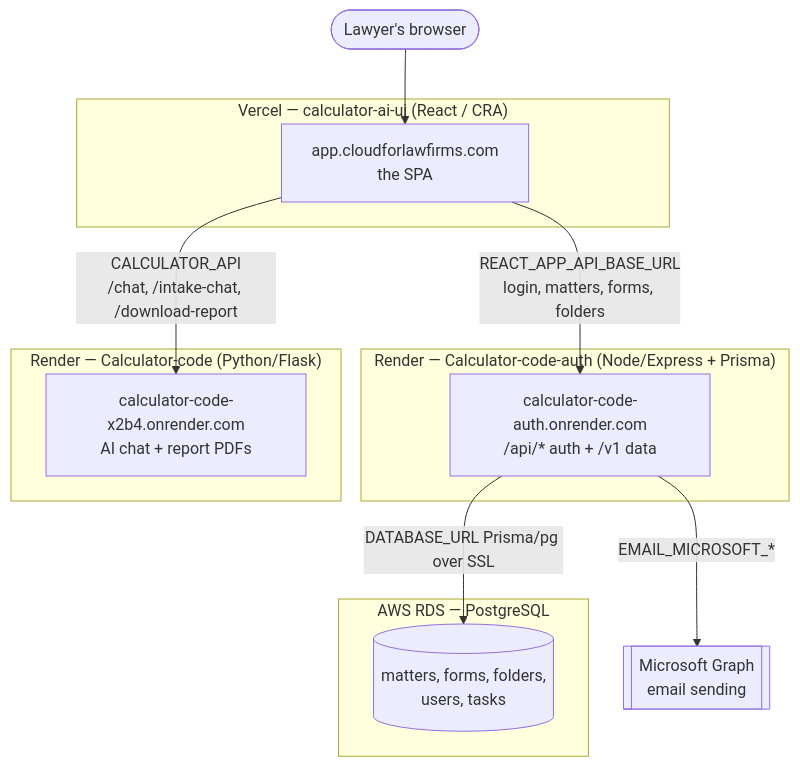
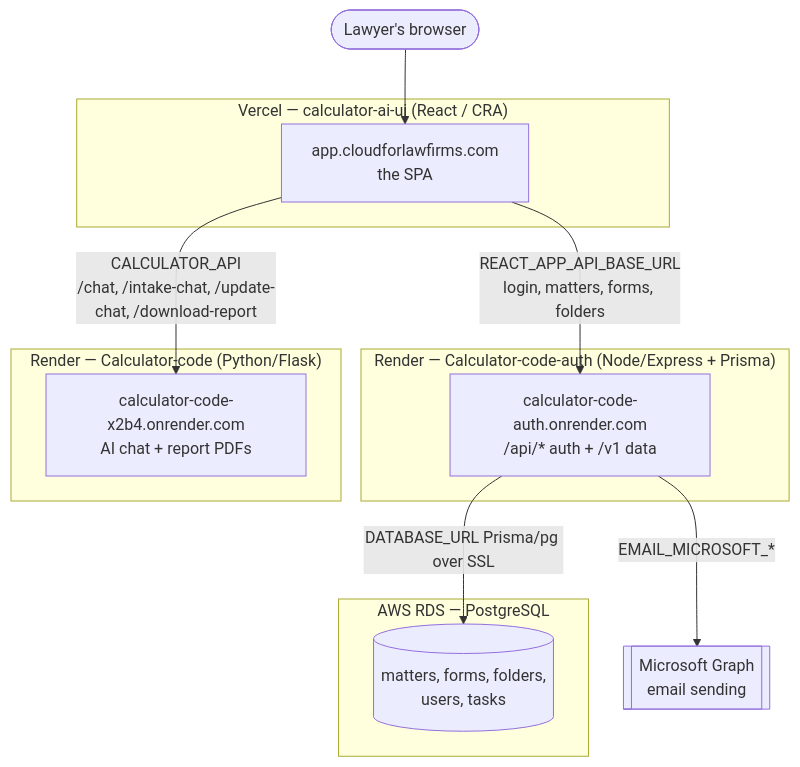
The diagram in docs/ARCHITECTURE.md (cloudactai/Calculator-code), drawn with Mermaid before and after one commit. The commit also changed other lines of this file and 3 other files, not shown here.

````diff
--- a/docs/ARCHITECTURE.md
+++ b/docs/ARCHITECTURE.md
@@ -29,28 +29,28 @@
 ```mermaid
 flowchart TD
     User([Lawyer's browser])
 
     subgraph Vercel["Vercel — calculator-ai-ui (React / CRA)"]
       UI[app.cloudforlawfirms.com<br/>the SPA]
     end
 
     subgraph RenderAuth["Render — Calculator-code-auth (Node/Express + Prisma)"]
       AUTH[calculator-code-auth.onrender.com<br/>/api/* auth + /v1 data]
     end
 
     subgraph RenderFlask["Render — Calculator-code (Python/Flask)"]
       FLASK[calculator-code-x2b4.onrender.com<br/>AI chat + report PDFs]
     end
 
     subgraph AWS["AWS RDS — PostgreSQL"]
       DB[(matters, forms, folders,<br/>users, tasks)]
     end
 
     Graph[[Microsoft Graph<br/>email sending]]
 
     User --> UI
     UI -->|REACT_APP_API_BASE_URL<br/>login, matters, forms, folders| AUTH
-    UI -->|CALCULATOR_API<br/>/chat, /intake-chat, /download-report| FLASK
+    UI -->|CALCULATOR_API<br/>/chat, /intake-chat, /update-chat, /download-report| FLASK
     AUTH -->|DATABASE_URL Prisma/pg over SSL| DB
     AUTH -->|EMAIL_MICROSOFT_*| Graph
 ```
````
